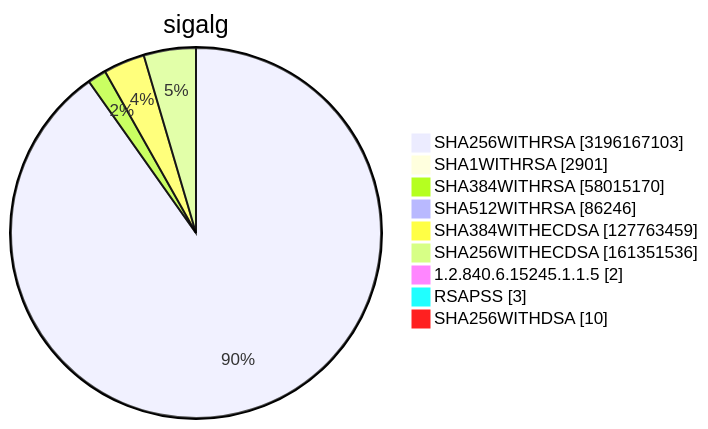
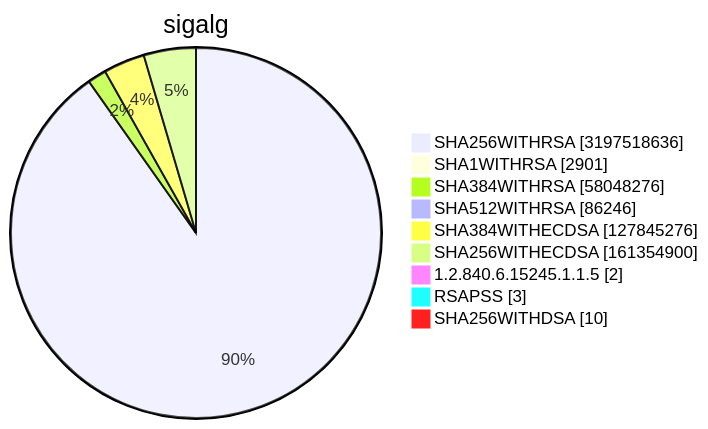
Diagram 15 of 15 in TOTAL/README.md (christiankrug/ctmonitor_visualization), drawn with Mermaid before and after one commit. The commit also changed other lines of this file, not shown here.

````diff
--- a/TOTAL/README.md
+++ b/TOTAL/README.md
@@ -6216,13 +6216,13 @@
 ```mermaid
 pie showData
 title sigalg
-"SHA256WITHRSA" :3196167103
+"SHA256WITHRSA" :3197518636
 "SHA1WITHRSA" :2901
-"SHA384WITHRSA" :58015170
+"SHA384WITHRSA" :58048276
 "SHA512WITHRSA" :86246
-"SHA384WITHECDSA" :127763459
-"SHA256WITHECDSA" :161351536
+"SHA384WITHECDSA" :127845276
+"SHA256WITHECDSA" :161354900
 "1.2.840.6.15245.1.1.5" :2
 "RSAPSS" :3
 "SHA256WITHDSA" :10
 ```
````
